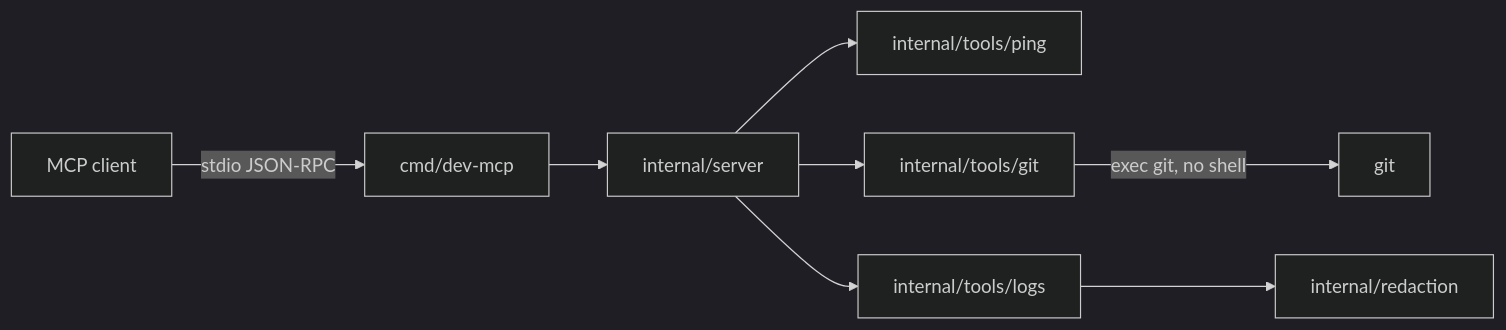
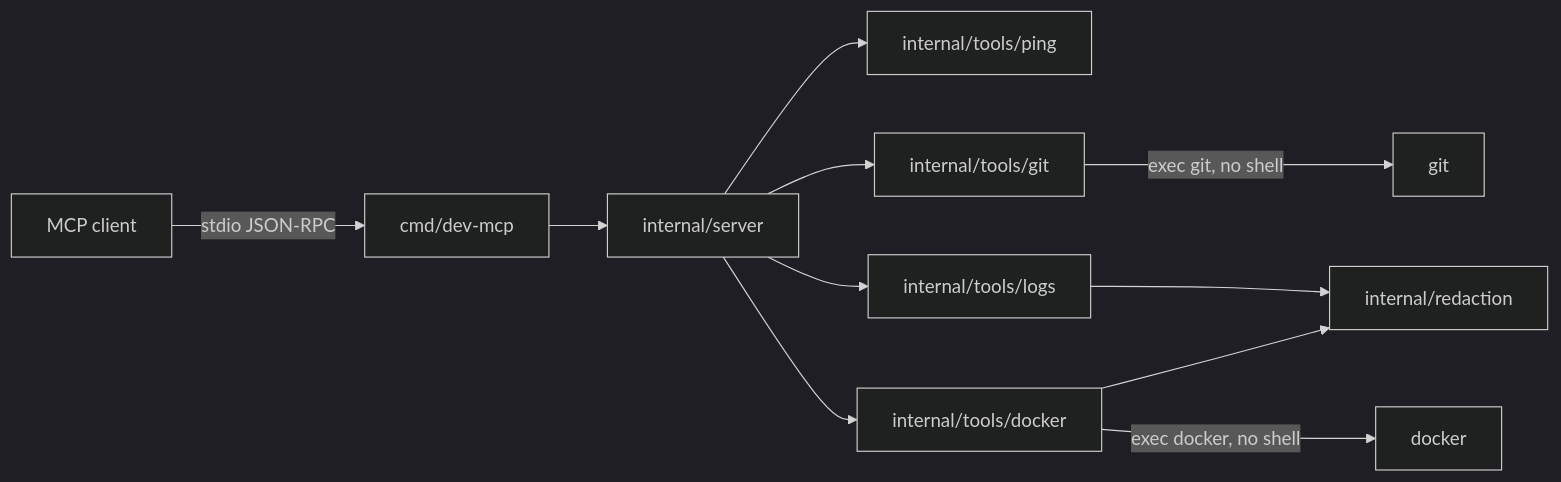
The diagram in README.md (ManiaSacha/dev-mcp), drawn with Mermaid (dark theme) before and after one commit. The commit also changed other lines of this file and 11 other files, not shown here.

First line of the commit message:
feat: add read-only docker health tools

````diff
--- a/README.md
+++ b/README.md
@@ -152,18 +169,22 @@
 ```mermaid
 flowchart LR
   client[MCP client]
   main["cmd/dev-mcp"]
   server["internal/server"]
   ping["internal/tools/ping"]
   gittools["internal/tools/git"]
   logtools["internal/tools/logs"]
   redact["internal/redaction"]
+  dockertools["internal/tools/docker"]
 
   client -->|"stdio JSON-RPC"| main
   main --> server
   server --> ping
   server --> gittools
   server --> logtools
+  server --> dockertools
   gittools -->|"exec git, no shell"| gitbin["git"]
   logtools --> redact
+  dockertools -->|"exec docker, no shell"| dockerd["docker"]
+  dockertools --> redact
 ```
````
